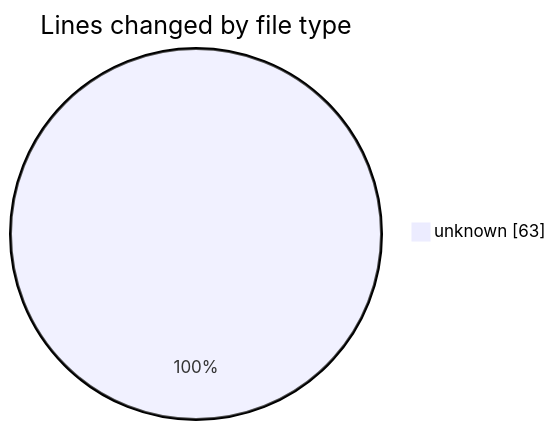
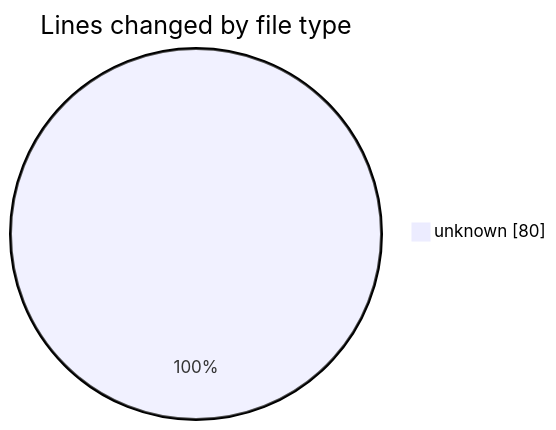
Before and after one commit to JenPaints/code-tracking: the first of 2 diagrams in 2025-05-27/kimberly-groups/README.md, drawn with Mermaid. The commit also changed other lines of this file and 1 other file, not shown here.

````diff
--- a/2025-05-27/kimberly-groups/README.md
+++ b/2025-05-27/kimberly-groups/README.md
@@ -20,5 +20,5 @@
 ```mermaid
 pie showData
 title Lines changed by file type
-"unknown" : 63
+"unknown" : 80
 ```
````
